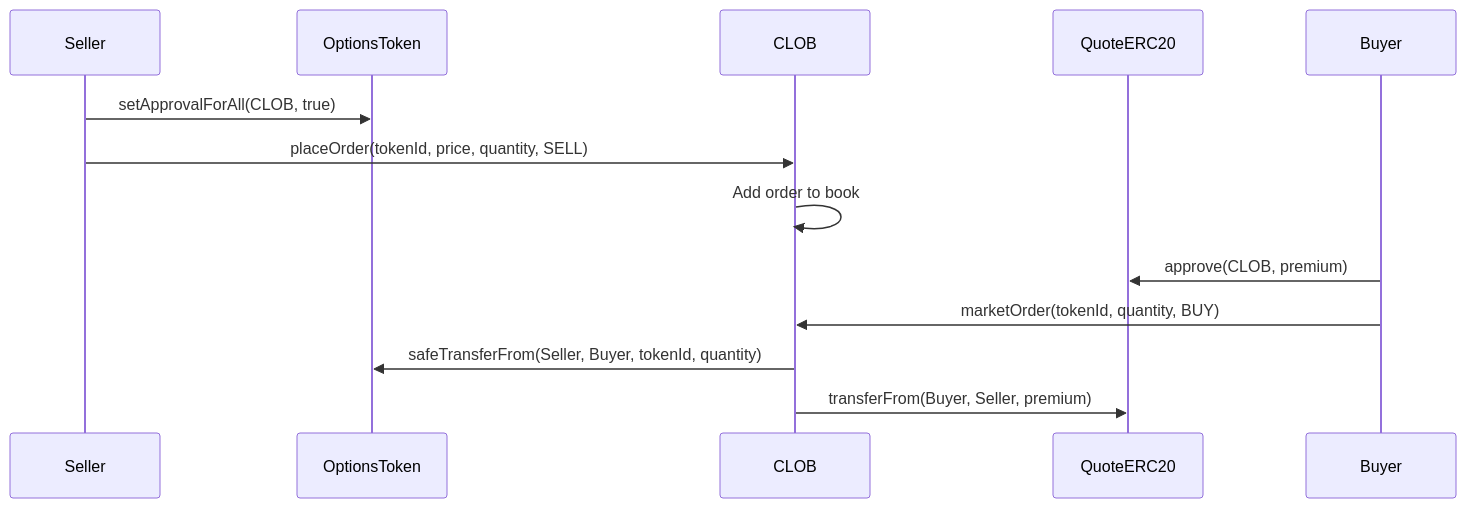
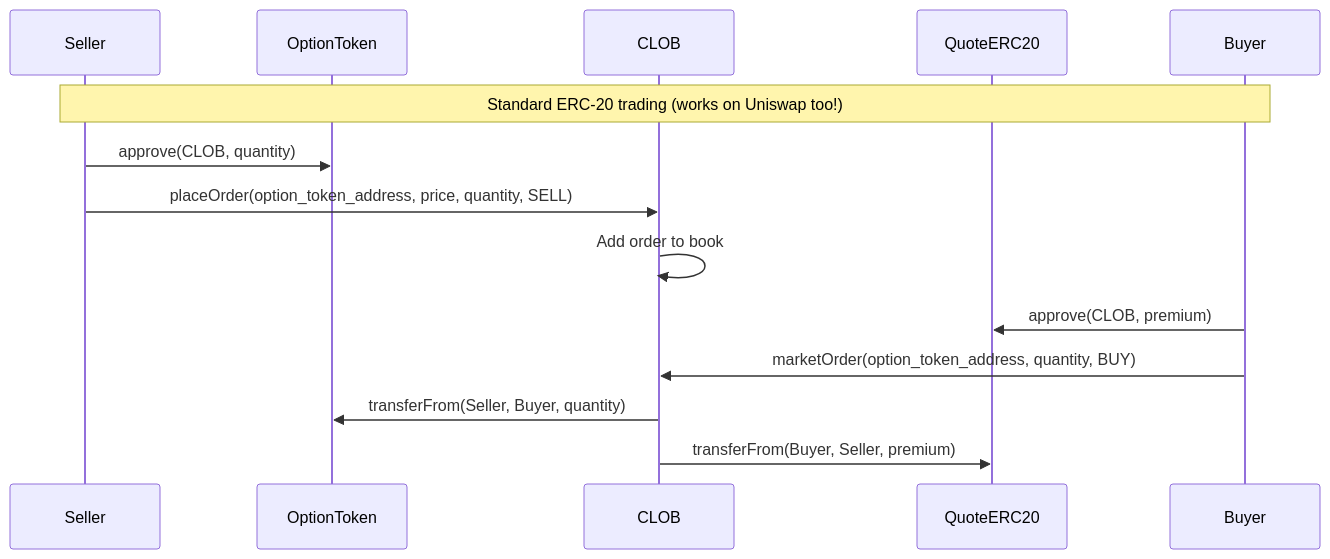
One commit to 0xgleb/optional changed the fourth of 8 diagrams in SPEC.md. Above: the diagram before and after it, drawn with Mermaid. The commit also changed other lines of this file, not shown here.

Commit message:
option vault spec

````diff
--- a/SPEC.md
+++ b/SPEC.md
@@ -282,17 +390,18 @@
 ```mermaid
 sequenceDiagram
     participant Seller
-    participant OptionsToken
+    participant OptionToken
     participant CLOB
     participant QuoteERC20
     participant Buyer
 
-    Seller->>OptionsToken: setApprovalForAll(CLOB, true)
-    Seller->>CLOB: placeOrder(tokenId, price, quantity, SELL)
+    Note over Seller,Buyer: Standard ERC-20 trading (works on Uniswap too!)
+    Seller->>OptionToken: approve(CLOB, quantity)
+    Seller->>CLOB: placeOrder(option_token_address, price, quantity, SELL)
     CLOB->>CLOB: Add order to book
 
     Buyer->>QuoteERC20: approve(CLOB, premium)
-    Buyer->>CLOB: marketOrder(tokenId, quantity, BUY)
-    CLOB->>OptionsToken: safeTransferFrom(Seller, Buyer, tokenId, quantity)
+    Buyer->>CLOB: marketOrder(option_token_address, quantity, BUY)
+    CLOB->>OptionToken: transferFrom(Seller, Buyer, quantity)
     CLOB->>QuoteERC20: transferFrom(Buyer, Seller, premium)
 ```
````
